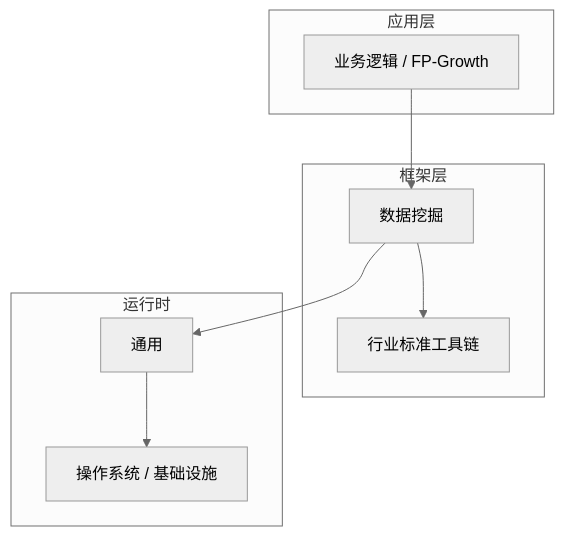
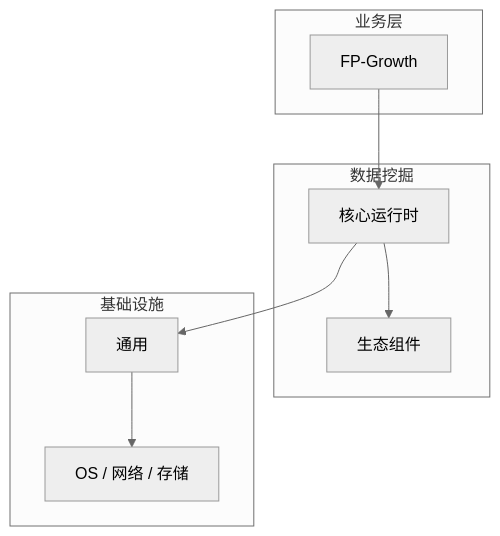
Before and after one commit to yanggan2015/knowledge-json-v2: the diagram in articles/数据挖掘/chapters/025-FP-Growth核心概念与原理.md, drawn with Mermaid (neutral theme). The commit also changed other lines of this file and 10127 other files, not shown here.

````diff
--- a/articles/数据挖掘/chapters/025-FP-Growth核心概念与原理.md
+++ b/articles/数据挖掘/chapters/025-FP-Growth核心概念与原理.md
@@ -45,18 +30,18 @@
 ```mermaid
 graph TB
-    subgraph 应用层
-        A[业务逻辑 / FP-Growth]
+    subgraph 业务层
+        A[FP-Growth]
     end
-    subgraph 框架层
-        B[数据挖掘]
-        C[行业标准工具链]
+    subgraph 数据挖掘
+        B[核心运行时]
+        C[生态组件]
     end
-    subgraph 运行时
+    subgraph 基础设施
         D[通用]
-        E[操作系统 / 基础设施]
+        E[OS / 网络 / 存储]
     end
     A --> B
     B --> C
     B --> D
     D --> E
 ```
````
